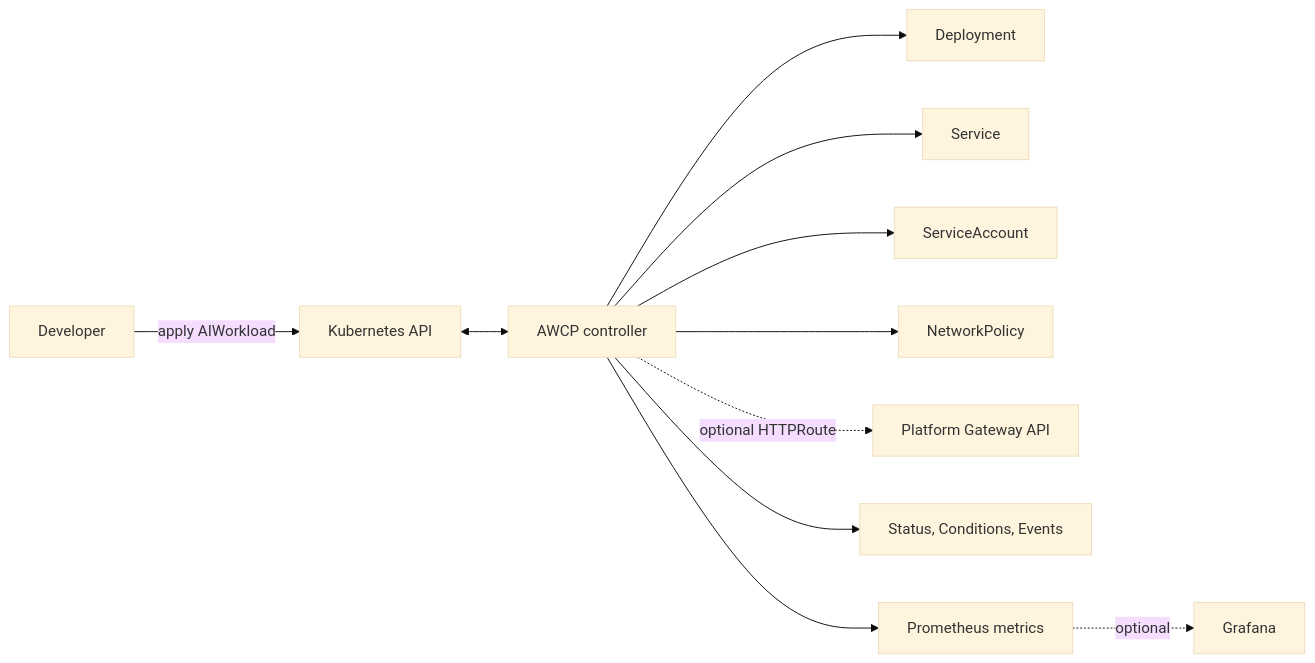
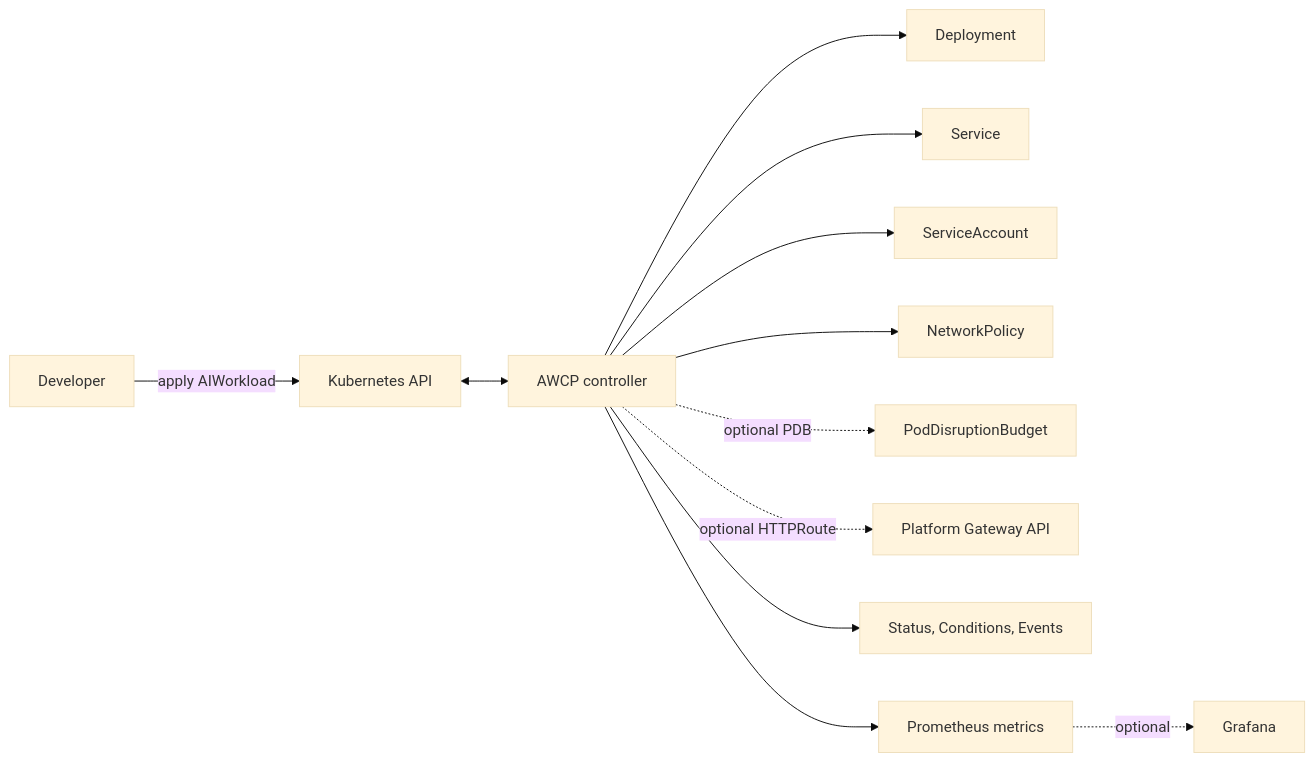
The first of 2 diagrams in README.md (erayyilmmaz/ai-workload-control-plane), drawn with Mermaid (base theme) before and after one commit. The commit also changed other lines of this file and 31 other files, not shown here.

````diff
--- a/README.md
+++ b/README.md
@@ -29,13 +29,14 @@
 ```mermaid
 flowchart LR
   Developer -->|apply AIWorkload| API[Kubernetes API]
   API <--> Controller[AWCP controller]
   Controller --> Deployment
   Controller --> Service
   Controller --> ServiceAccount
   Controller --> NetworkPolicy
+  Controller -. optional PDB .-> PDB[PodDisruptionBudget]
   Controller -. optional HTTPRoute .-> GatewayAPI[Platform Gateway API]
   Controller --> Status[Status, Conditions, Events]
   Controller --> Metrics[Prometheus metrics]
   Metrics -. optional .-> Grafana[Grafana]
 ```
````
